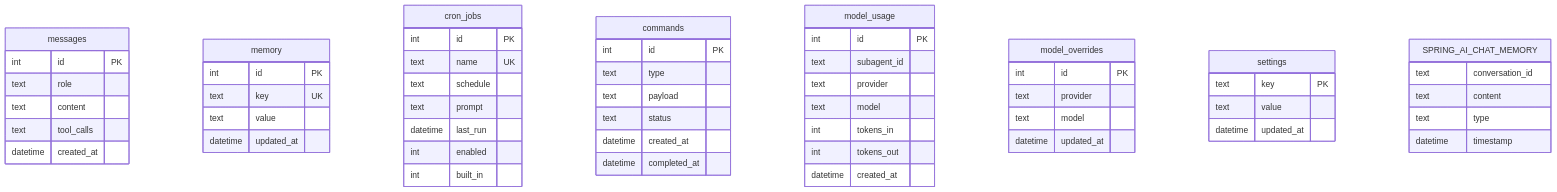
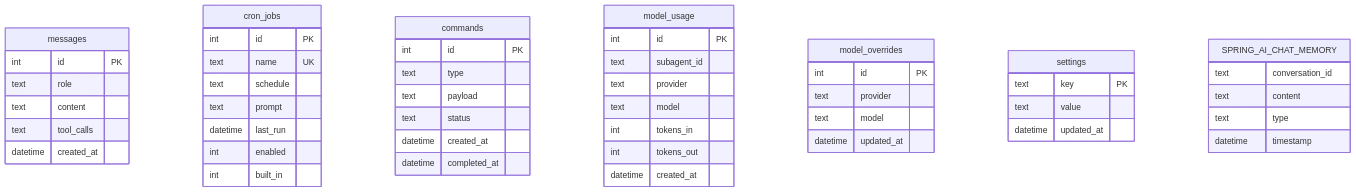
The fourth of 4 diagrams in README.md (dbbaskette/herald), drawn with Mermaid before and after one commit. The commit also changed other lines of this file and 41 other files, not shown here.

````diff
--- a/README.md
+++ b/README.md
@@ -495,59 +492,53 @@
 ```mermaid
 erDiagram
     messages {
         int id PK
         text role
         text content
         text tool_calls
         datetime created_at
-    }
-    memory {
-        int id PK
-        text key UK
-        text value
-        datetime updated_at
     }
     cron_jobs {
         int id PK
         text name UK
         text schedule
         text prompt
         datetime last_run
         int enabled
         int built_in
     }
     commands {
         int id PK
         text type
         text payload
         text status
         datetime created_at
         datetime completed_at
     }
     model_usage {
         int id PK
         text subagent_id
         text provider
         text model
         int tokens_in
         int tokens_out
         datetime created_at
     }
     model_overrides {
         int id PK
         text provider
         text model
         datetime updated_at
     }
     settings {
         text key PK
         text value
         datetime updated_at
     }
     SPRING_AI_CHAT_MEMORY {
         text conversation_id
         text content
         text type
         datetime timestamp
     }
 ```
````
